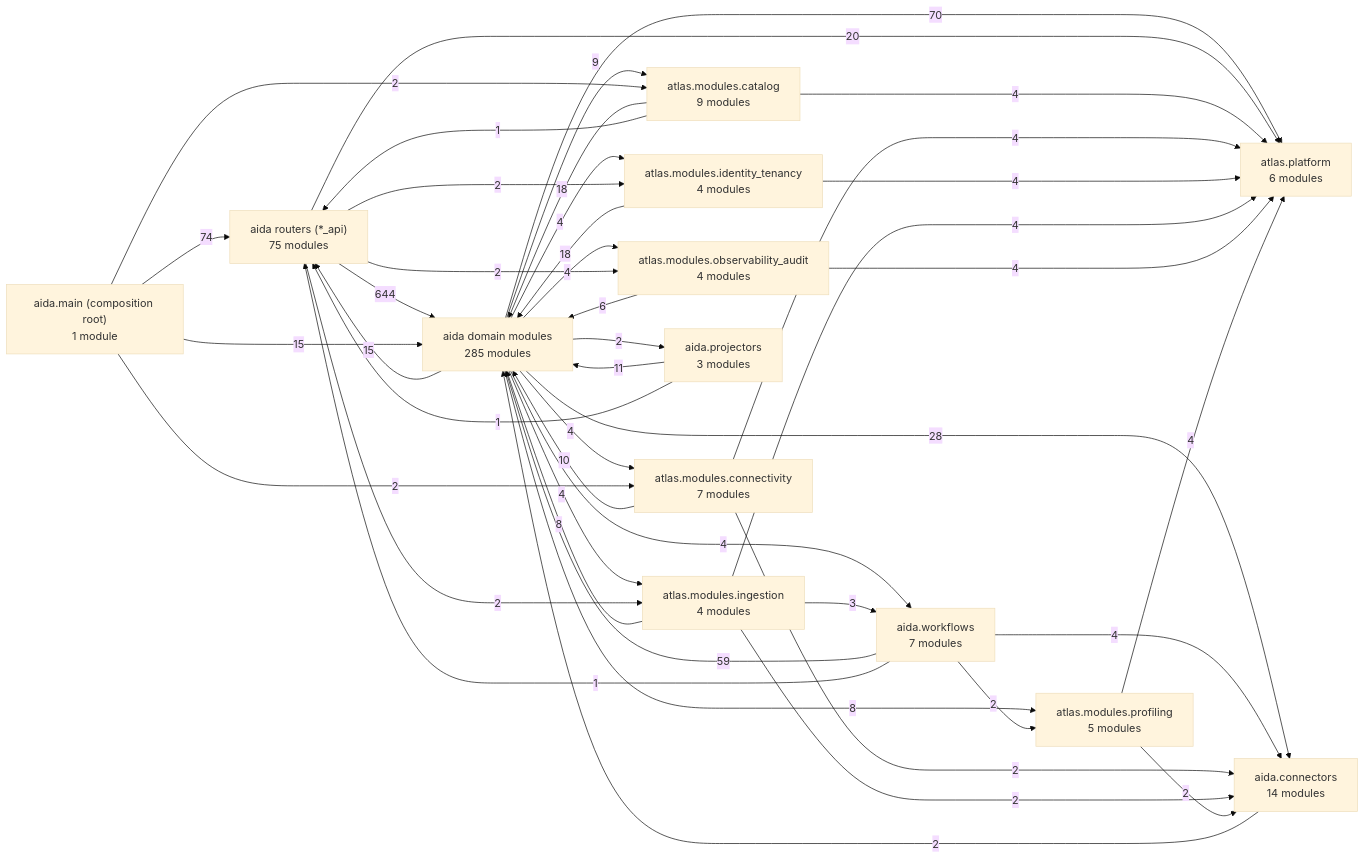
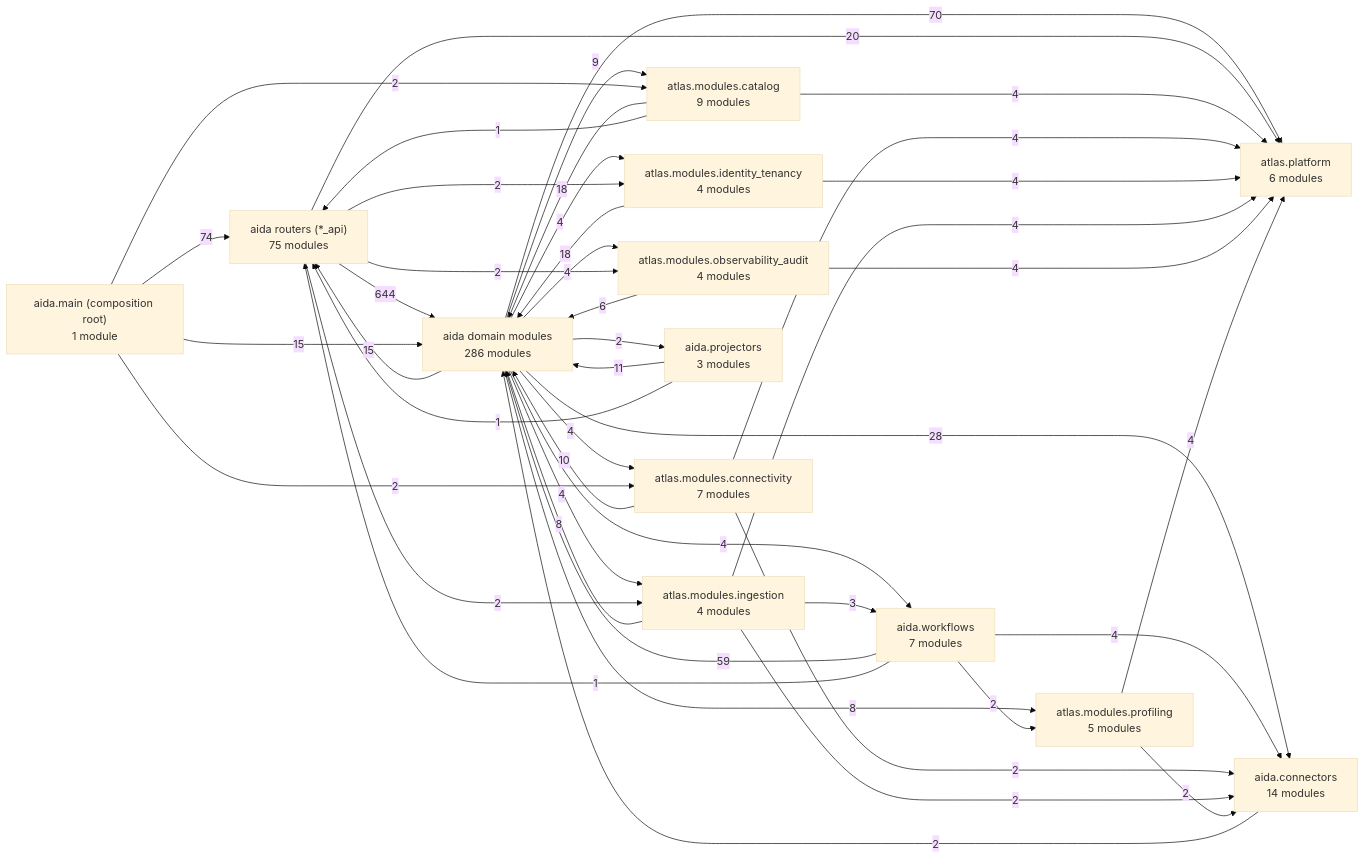
One commit to karuppusamym/AIDataAnalyst changed the first of 3 diagrams in Docs/10-architecture/14-generated-architecture-map.md. Above: the diagram before and after it, drawn with Mermaid (base theme). The commit also changed other lines of this file and 8 other files, not shown here.

````diff
--- a/Docs/10-architecture/14-generated-architecture-map.md
+++ b/Docs/10-architecture/14-generated-architecture-map.md
@@ -48,59 +48,59 @@
 ```mermaid
 graph LR
   app["aida.main (composition root)<br/>1 module"]
   routers["aida routers (*_api)<br/>75 modules"]
-  domain["aida domain modules<br/>285 modules"]
+  domain["aida domain modules<br/>286 modules"]
   ctx_catalog["atlas.modules.catalog<br/>9 modules"]
   ctx_connectivity["atlas.modules.connectivity<br/>7 modules"]
   ctx_identity_tenancy["atlas.modules.identity_tenancy<br/>4 modules"]
   ctx_ingestion["atlas.modules.ingestion<br/>4 modules"]
   ctx_observability_audit["atlas.modules.observability_audit<br/>4 modules"]
   ctx_profiling["atlas.modules.profiling<br/>5 modules"]
   connectors["aida.connectors<br/>14 modules"]
   workflows["aida.workflows<br/>7 modules"]
   projectors["aida.projectors<br/>3 modules"]
   platform["atlas.platform<br/>6 modules"]
   routers -->|644| domain
   app -->|74| routers
   domain -->|70| platform
   workflows -->|59| domain
   domain -->|28| connectors
   routers -->|20| platform
   ctx_catalog -->|18| domain
   ctx_identity_tenancy -->|18| domain
   app -->|15| domain
   domain -->|15| routers
   projectors -->|11| domain
   ctx_connectivity -->|10| domain
   domain -->|9| ctx_catalog
   ctx_ingestion -->|8| domain
   domain -->|8| ctx_profiling
   ctx_observability_audit -->|6| domain
   ctx_catalog -->|4| platform
   ctx_connectivity -->|4| platform
   ctx_identity_tenancy -->|4| platform
   ctx_ingestion -->|4| platform
   ctx_observability_audit -->|4| platform
   ctx_profiling -->|4| platform
   domain -->|4| ctx_connectivity
   domain -->|4| ctx_identity_tenancy
   domain -->|4| ctx_ingestion
   domain -->|4| ctx_observability_audit
   domain -->|4| workflows
   workflows -->|4| connectors
   ctx_ingestion -->|3| workflows
   app -->|2| ctx_catalog
   app -->|2| ctx_connectivity
   connectors -->|2| domain
   ctx_connectivity -->|2| connectors
   ctx_ingestion -->|2| connectors
   ctx_profiling -->|2| connectors
   domain -->|2| projectors
   routers -->|2| ctx_identity_tenancy
   routers -->|2| ctx_ingestion
   routers -->|2| ctx_observability_audit
   workflows -->|2| ctx_profiling
   ctx_catalog -->|1| routers
   projectors -->|1| routers
   workflows -->|1| routers
 ```
````
